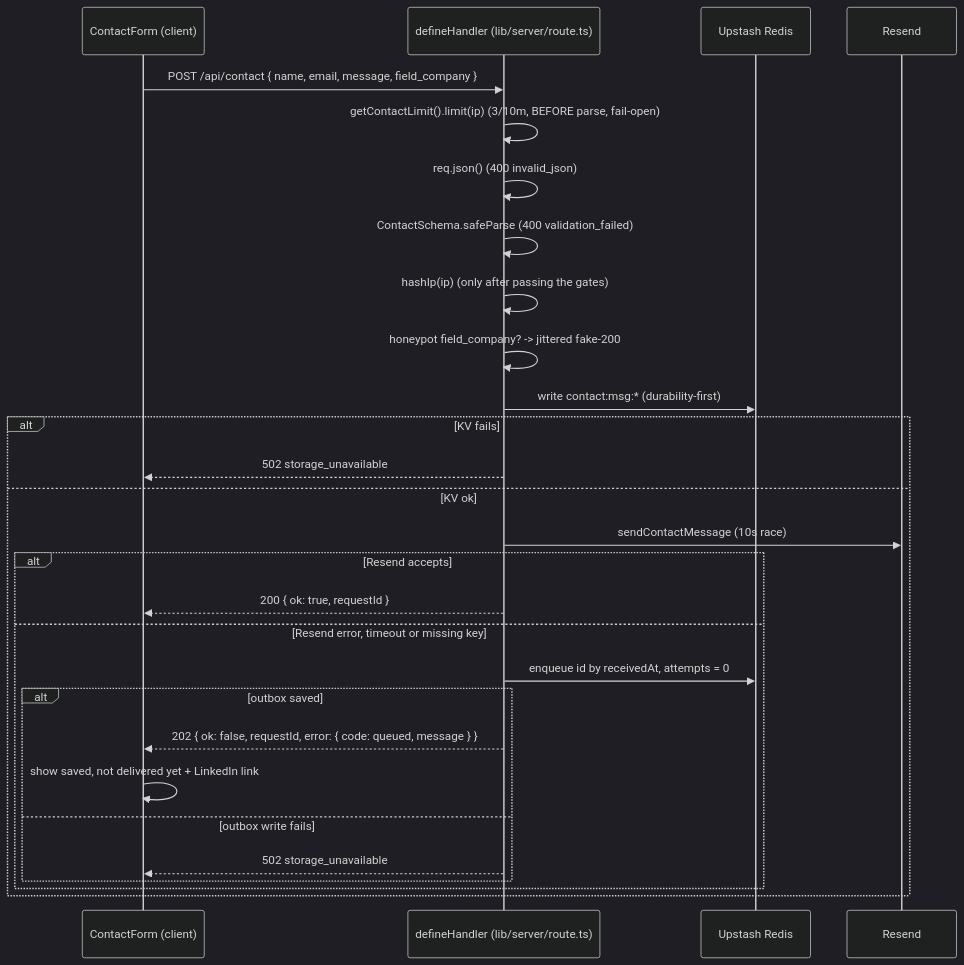
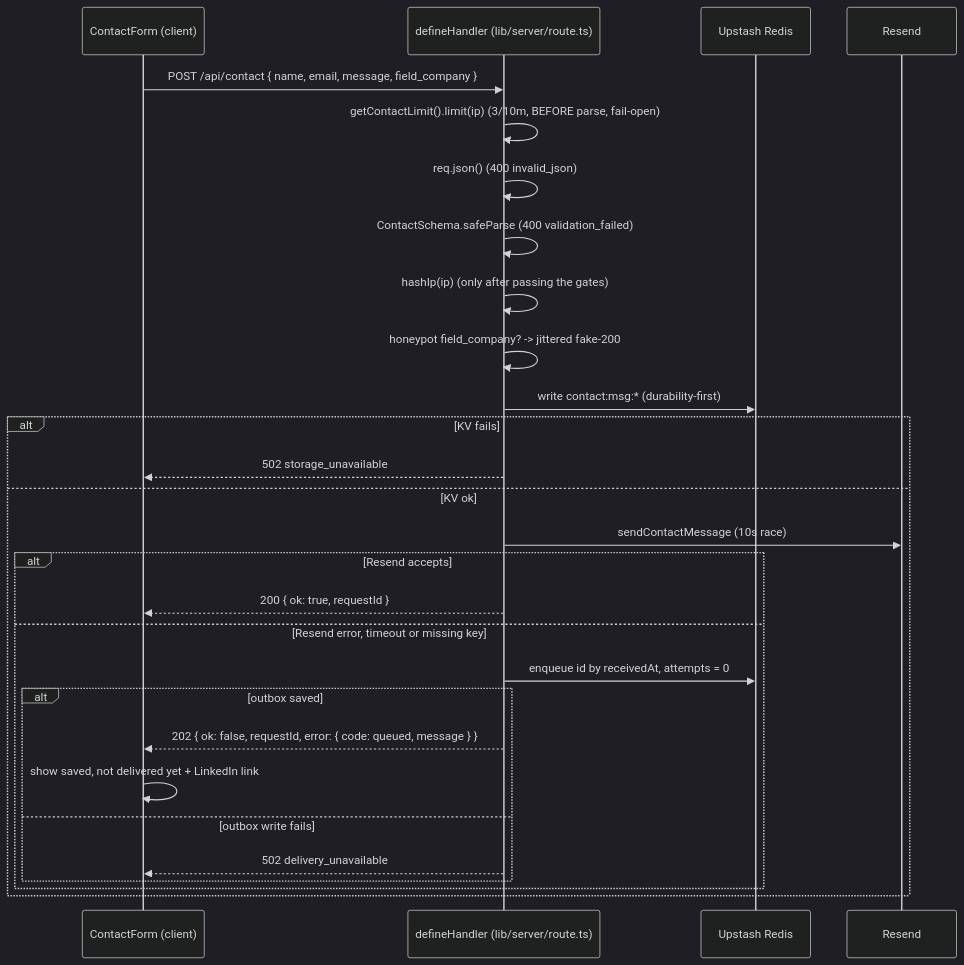
The fifth of 6 diagrams in docs/03-rendering-and-data-flow.md (erikunha/portfolio), drawn with Mermaid (dark theme) before and after one commit. The commit also changed other lines of this file and 3 other files, not shown here.

````diff
--- a/docs/03-rendering-and-data-flow.md
+++ b/docs/03-rendering-and-data-flow.md
@@ -165,31 +165,31 @@
 ```mermaid
 sequenceDiagram
     participant F as ContactForm (client)
     participant H as defineHandler (lib/server/route.ts)
     participant KV as Upstash Redis
     participant RS as Resend
 
     F->>H: POST /api/contact { name, email, message, field_company }
     H->>H: getContactLimit().limit(ip)  (3/10m, BEFORE parse, fail-open)
     H->>H: req.json() (400 invalid_json)
     H->>H: ContactSchema.safeParse (400 validation_failed)
     H->>H: hashIp(ip)  (only after passing the gates)
     H->>H: honeypot field_company? -> jittered fake-200
     H->>KV: write contact:msg:* (durability-first)
     alt KV fails
         H-->>F: 502 storage_unavailable
     else KV ok
         H->>RS: sendContactMessage (10s race)
         alt Resend accepts
             H-->>F: 200 { ok: true, requestId }
         else Resend error, timeout or missing key
             H->>KV: enqueue id by receivedAt, attempts = 0
             alt outbox saved
                 H-->>F: 202 { ok: false, requestId, error: { code: queued, message } }
                 F->>F: show saved, not delivered yet + LinkedIn link
             else outbox write fails
-                H-->>F: 502 storage_unavailable
+                H-->>F: 502 delivery_unavailable
             end
         end
     end
 ```
````
